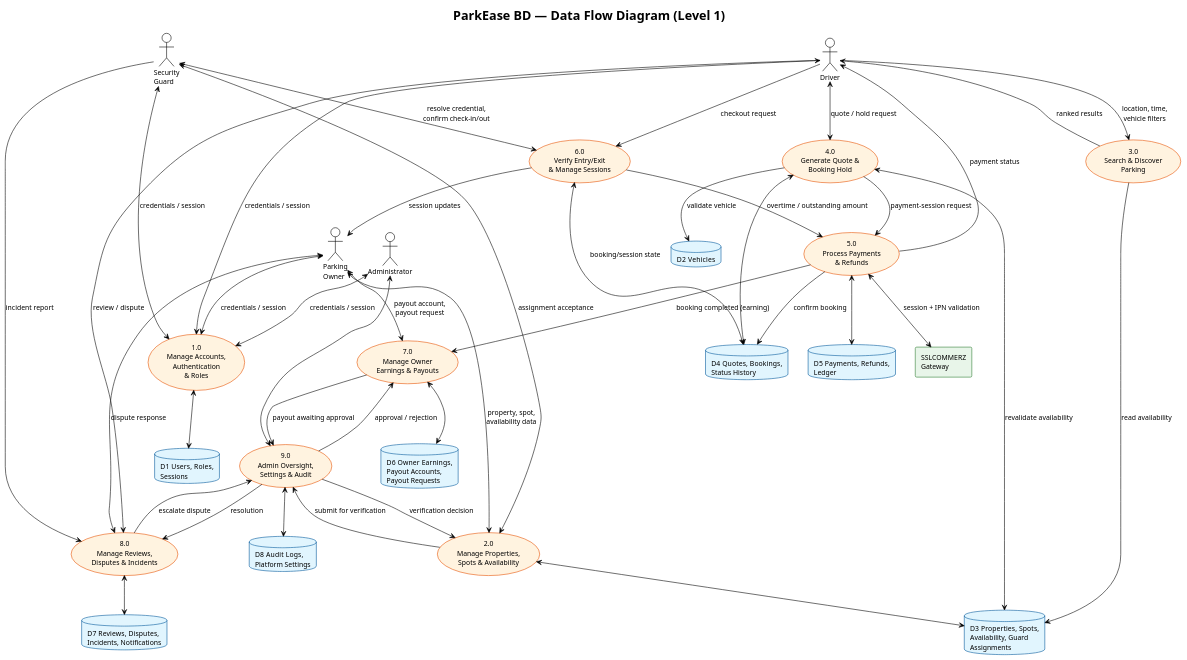
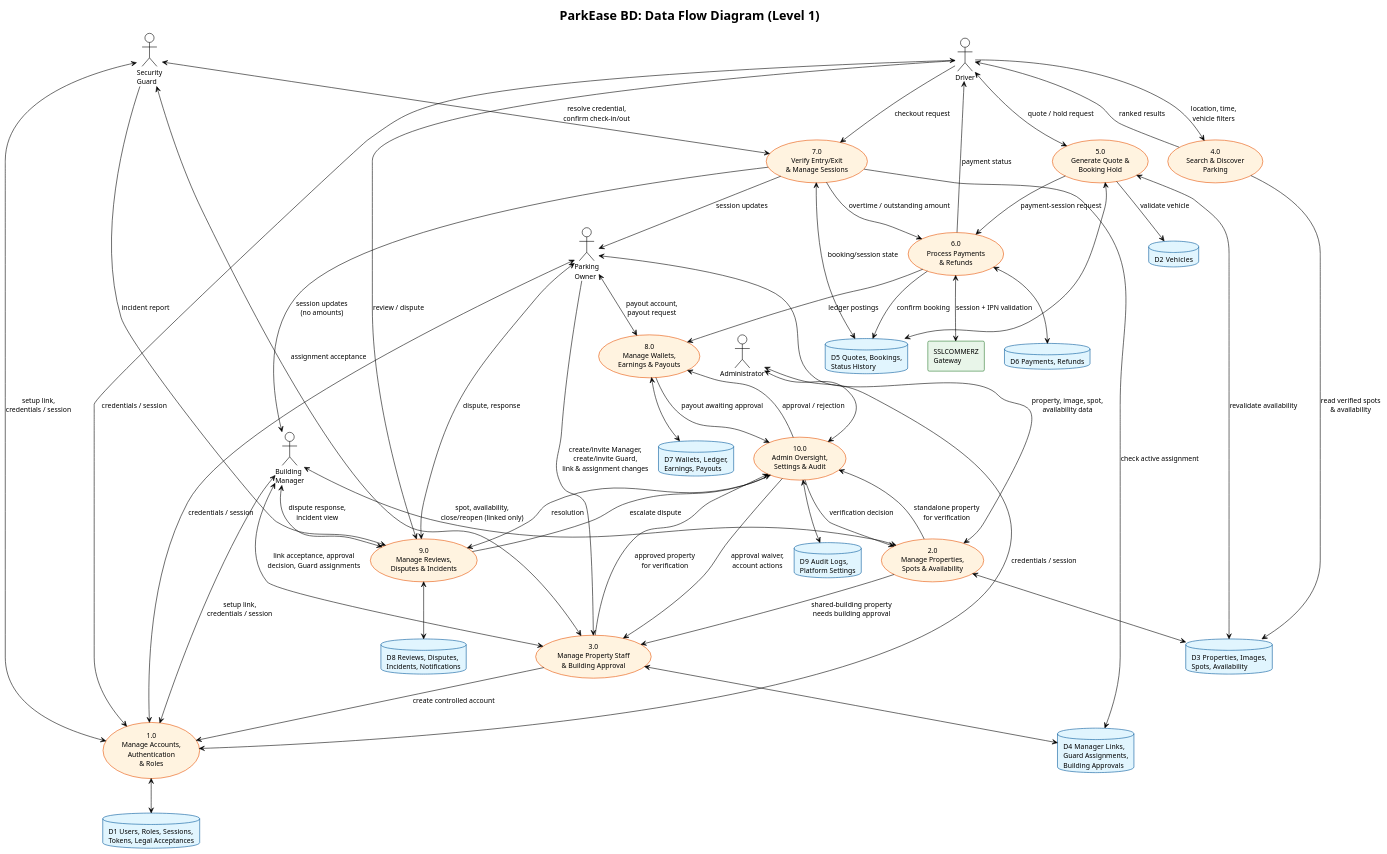
Before and after one commit to 0xFaysal/se-lab-wake-up-to-reality: the diagram in docs/diagrams/dfd-level1.puml, drawn with PlantUML. The commit also changed 10 other files, not shown here.

First line of the commit message:
docs(srs): add Building Manager role and align SRS with develop

```diff
--- a/docs/diagrams/dfd-level1.puml
+++ b/docs/diagrams/dfd-level1.puml
@@ -1,104 +1,121 @@
 @startuml dfd-level1
 !theme plain
-title ParkEase BD — Data Flow Diagram (Level 1)
+title ParkEase BD: Data Flow Diagram (Level 1)
 
 skinparam backgroundColor white
 skinparam shadowing false
 skinparam defaultFontSize 12
 skinparam usecase {
   BackgroundColor #FFF3E0
   BorderColor #E65100
 }
 skinparam database {
   BackgroundColor #E1F5FE
   BorderColor #01579B
 }
 skinparam rectangle {
   BackgroundColor #E8F5E9
   BorderColor #2E7D32
 }
 
 actor "Driver" as Driver
 actor "Parking\nOwner" as Owner
+actor "Building\nManager" as Manager
 actor "Security\nGuard" as Guard
 actor "Administrator" as Admin
 rectangle "SSLCOMMERZ\nGateway" as SSL
 
 usecase "1.0\nManage Accounts,\nAuthentication\n& Roles" as P1
 usecase "2.0\nManage Properties,\nSpots & Availability" as P2
-usecase "3.0\nSearch & Discover\nParking" as P3
-usecase "4.0\nGenerate Quote &\nBooking Hold" as P4
-usecase "5.0\nProcess Payments\n& Refunds" as P5
-usecase "6.0\nVerify Entry/Exit\n& Manage Sessions" as P6
-usecase "7.0\nManage Owner\nEarnings & Payouts" as P7
-usecase "8.0\nManage Reviews,\nDisputes & Incidents" as P8
-usecase "9.0\nAdmin Oversight,\nSettings & Audit" as P9
+usecase "3.0\nManage Property Staff\n& Building Approval" as P3
+usecase "4.0\nSearch & Discover\nParking" as P4
+usecase "5.0\nGenerate Quote &\nBooking Hold" as P5
+usecase "6.0\nProcess Payments\n& Refunds" as P6
+usecase "7.0\nVerify Entry/Exit\n& Manage Sessions" as P7
+usecase "8.0\nManage Wallets,\nEarnings & Payouts" as P8
+usecase "9.0\nManage Reviews,\nDisputes & Incidents" as P9
+usecase "10.0\nAdmin Oversight,\nSettings & Audit" as P10
 
-database "D1  Users, Roles,\nSessions" as D1
+database "D1  Users, Roles, Sessions,\nTokens, Legal Acceptances" as D1
 database "D2  Vehicles" as D2
-database "D3  Properties, Spots,\nAvailability, Guard\nAssignments" as D3
-database "D4  Quotes, Bookings,\nStatus History" as D4
-database "D5  Payments, Refunds,\nLedger" as D5
-database "D6  Owner Earnings,\nPayout Accounts,\nPayout Requests" as D6
-database "D7  Reviews, Disputes,\nIncidents, Notifications" as D7
-database "D8  Audit Logs,\nPlatform Settings" as D8
+database "D3  Properties, Images,\nSpots, Availability" as D3
+database "D4  Manager Links,\nGuard Assignments,\nBuilding Approvals" as D4
+database "D5  Quotes, Bookings,\nStatus History" as D5
+database "D6  Payments, Refunds" as D6
+database "D7  Wallets, Ledger,\nEarnings, Payouts" as D7
+database "D8  Reviews, Disputes,\nIncidents, Notifications" as D8
+database "D9  Audit Logs,\nPlatform Settings" as D9
 
 ' --- Process 1: Accounts & Auth ---
 Driver <--> P1 : credentials / session
 Owner <--> P1 : credentials / session
-Guard <--> P1 : credentials / session
+Manager <--> P1 : setup link,\ncredentials / session
+Guard <--> P1 : setup link,\ncredentials / session
 Admin <--> P1 : credentials / session
 P1 <--> D1
 
-' --- Process 2: Properties & Spots ---
-Owner <--> P2 : property, spot,\navailability data
-Guard <--> P2 : assignment acceptance
+' --- Process 2: Properties, Spots & Availability ---
+Owner <--> P2 : property, image, spot,\navailability data
+Manager <--> P2 : spot, availability,\nclose/reopen (linked only)
 P2 <--> D3
-P2 --> P9 : submit for verification
-P9 --> P2 : verification decision
+P2 --> P3 : shared-building property\nneeds building approval
+P2 --> P10 : standalone property\nfor verification
+P10 --> P2 : verification decision
 
-' --- Process 3: Search ---
-Driver --> P3 : location, time,\nvehicle filters
-P3 --> Driver : ranked results
-P3 --> D3 : read availability
+' --- Process 3: Property Staff & Building Approval ---
+Owner --> P3 : create/invite Manager,\ncreate/invite Guard,\nlink & assignment changes
+Manager <--> P3 : link acceptance, approval\ndecision, Guard assignments
+Guard <--> P3 : assignment acceptance
+P3 --> P1 : create controlled account
+P3 <--> D4
+P3 --> P10 : approved property\nfor verification
+P10 --> P3 : approval waiver,\naccount actions
 
-' --- Process 4: Quote & Hold ---
-Driver <--> P4 : quote / hold request
-P4 --> D2 : validate vehicle
-P4 <--> D3 : revalidate availability
-P4 <--> D4
-P4 --> P5 : payment-session request
+' --- Process 4: Search ---
+Driver --> P4 : location, time,\nvehicle filters
+P4 --> Driver : ranked results
+P4 --> D3 : read verified spots\n& availability
 
-' --- Process 5: Payments & Refunds ---
+' --- Process 5: Quote & Hold ---
+Driver <--> P5 : quote / hold request
+P5 --> D2 : validate vehicle
+P5 <--> D3 : revalidate availability
 P5 <--> D5
-P5 <--> SSL : session + IPN validation
-P5 --> D4 : confirm booking
-P5 --> P7 : booking completed (earning)
-P5 --> Driver : payment status
+P5 --> P6 : payment-session request
 
-' --- Process 6: Entry/Exit ---
-Driver --> P6 : checkout request
-Guard <--> P6 : resolve credential,\nconfirm check-in/out
-P6 <--> D4 : booking/session state
-P6 --> P5 : overtime / outstanding amount
-P6 --> Owner : session updates
+' --- Process 6: Payments & Refunds ---
+P6 <--> D6
+P6 <--> SSL : session + IPN validation
+P6 --> D5 : confirm booking
+P6 --> P8 : ledger postings
+P6 --> Driver : payment status
 
-' --- Process 7: Earnings & Payouts ---
-Owner <--> P7 : payout account,\npayout request
-P7 <--> D6
-P7 --> P9 : payout awaiting approval
-P9 --> P7 : approval / rejection
+' --- Process 7: Entry/Exit ---
+Driver --> P7 : checkout request
+Guard <--> P7 : resolve credential,\nconfirm check-in/out
+P7 --> D4 : check active assignment
+P7 <--> D5 : booking/session state
+P7 --> P6 : overtime / outstanding amount
+P7 --> Owner : session updates
+P7 --> Manager : session updates\n(no amounts)
 
-' --- Process 8: Reviews & Disputes ---
-Driver --> P8 : review / dispute
-Owner <--> P8 : dispute response
-Guard --> P8 : incident report
+' --- Process 8: Wallets, Earnings & Payouts (no Manager access) ---
+Owner <--> P8 : payout account,\npayout request
 P8 <--> D7
-P8 --> P9 : escalate dispute
-P9 --> P8 : resolution
+P8 --> P10 : payout awaiting approval
+P10 --> P8 : approval / rejection
 
-' --- Process 9: Admin Oversight ---
-Admin <--> P9
+' --- Process 9: Reviews, Disputes & Incidents ---
+Driver --> P9 : review / dispute
+Owner <--> P9 : dispute, response
+Manager <--> P9 : dispute response,\nincident view
+Guard --> P9 : incident report
 P9 <--> D8
+P9 --> P10 : escalate dispute
+P10 --> P9 : resolution
+
+' --- Process 10: Admin Oversight ---
+Admin <--> P10
+P10 <--> D9
 
 @enduml
```
